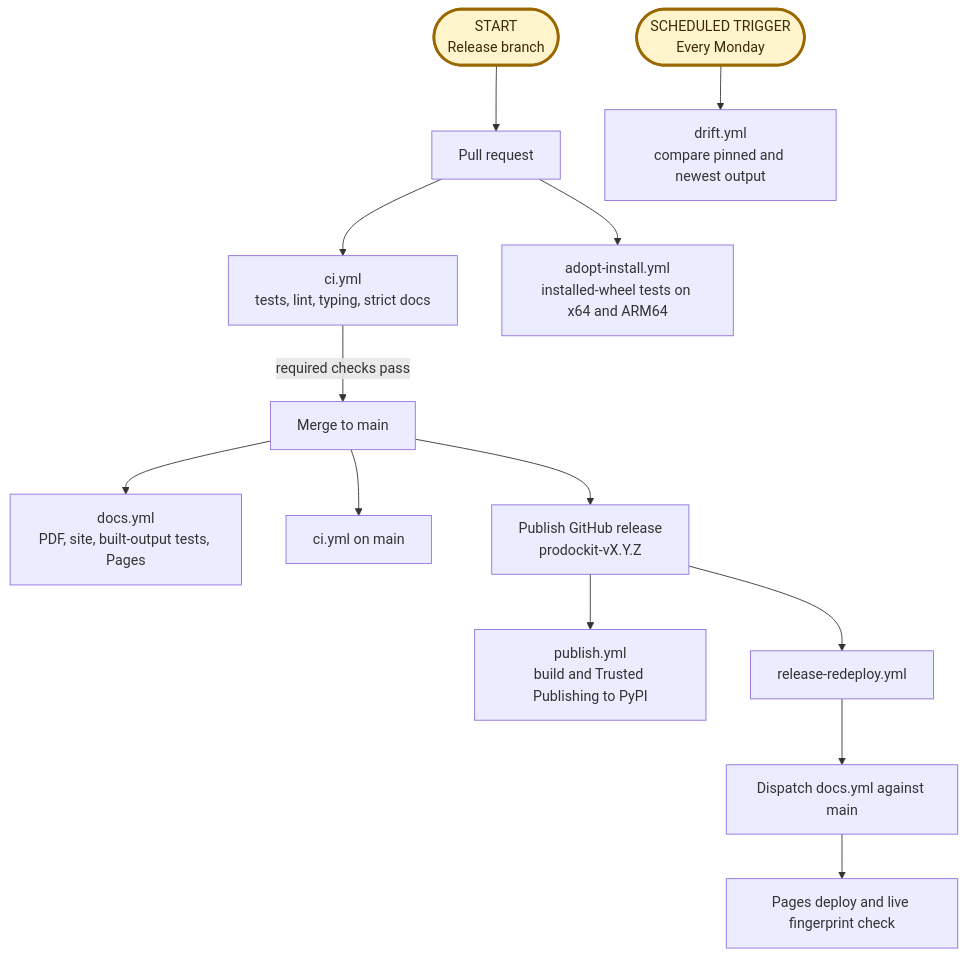
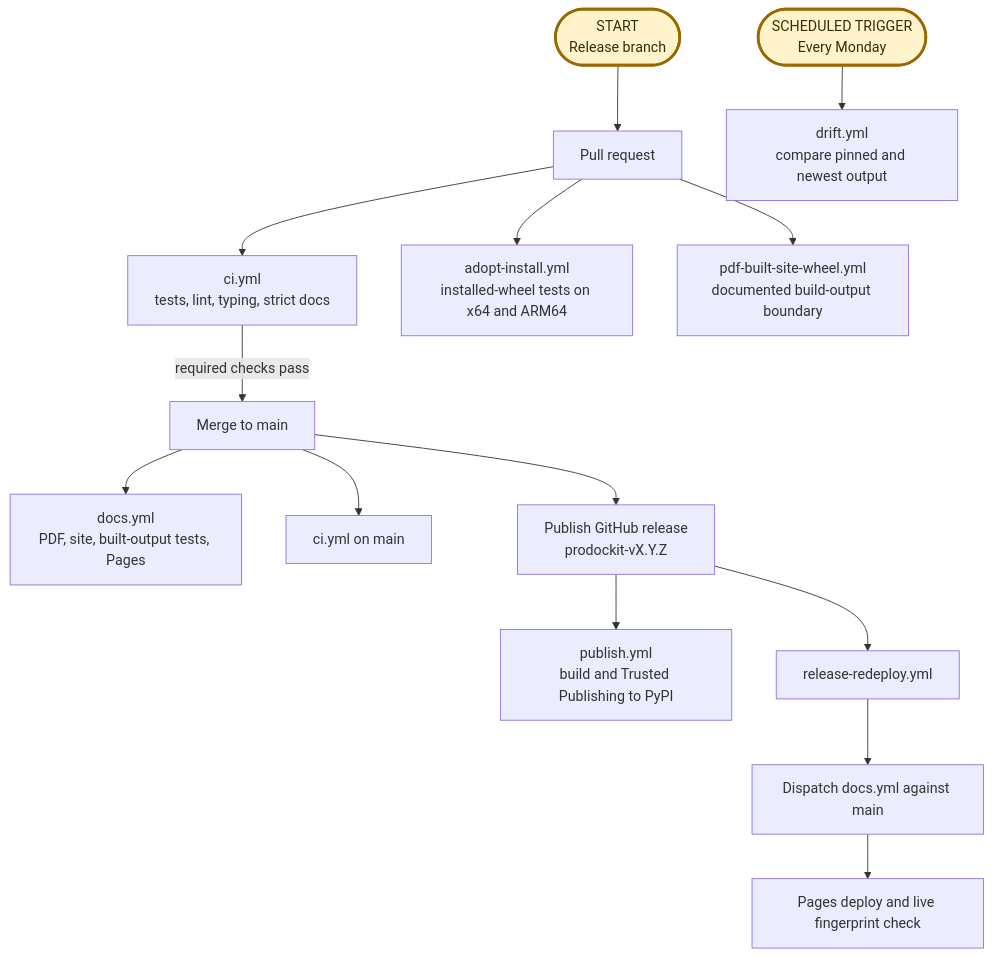
Before and after one commit to buckwem/prodockit-extensions: the diagram in docs/devcons/releasing.md, drawn with Mermaid. The commit also changed other lines of this file and 80 other files, not shown here.

First line of the commit message:
Promote the built-site PDF renderer (#562)

````diff
--- a/docs/devcons/releasing.md
+++ b/docs/devcons/releasing.md
@@ -23,17 +25,18 @@
 ```mermaid
 flowchart TD
     branch([START<br>Release branch]):::entry --> pr[Pull request]
     pr --> ci[ci.yml<br>tests, lint, typing, strict docs]
     pr --> adopt[adopt-install.yml<br>installed-wheel tests on x64 and ARM64]
+    pr --> pdfsite[pdf-built-site-wheel.yml<br>documented build-output boundary]
     ci -->|required checks pass| merge[Merge to main]
     merge --> docs[docs.yml<br>PDF, site, built-output tests, Pages]
     merge --> mainci[ci.yml on main]
     merge --> release[Publish GitHub release<br>prodockit-vX.Y.Z]
     release --> pypi[publish.yml<br>build and Trusted Publishing to PyPI]
     release --> redeploy[release-redeploy.yml]
     redeploy --> dispatch[Dispatch docs.yml against main]
     dispatch --> live[Pages deploy and live fingerprint check]
     schedule([SCHEDULED TRIGGER<br>Every Monday]):::entry --> drift[drift.yml<br>compare pinned and newest output]
 
     classDef entry fill:#fff4cc,stroke:#9a6700,stroke-width:3px,color:#3d2b00
 ```
````
